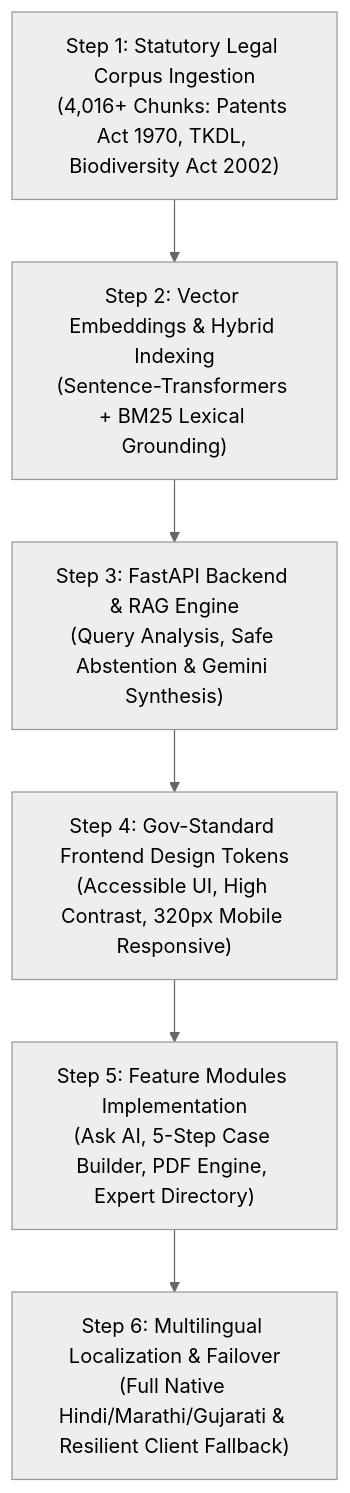
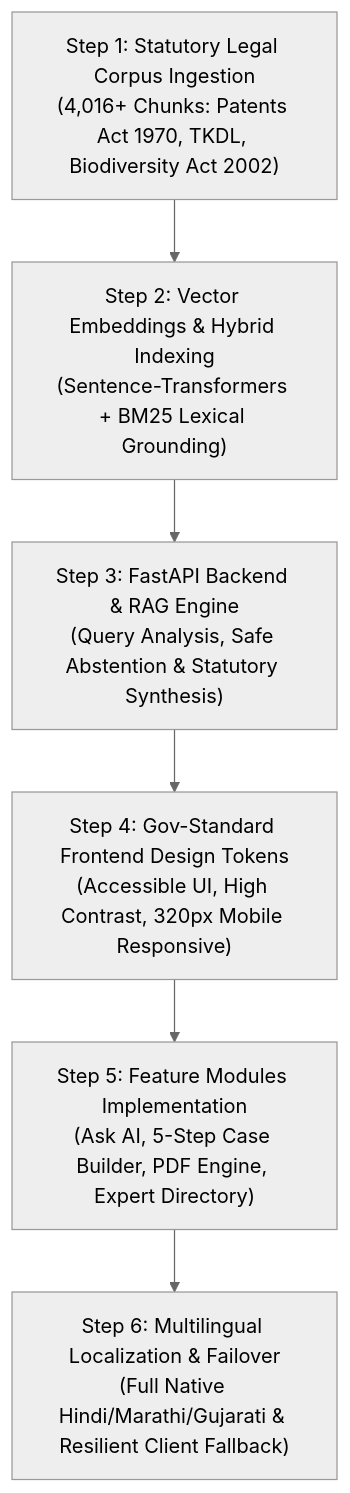
The first of 2 diagrams in TECH_STACK_AND_WORKFLOW.md (prajwalshahare73-master/IP-shakti-sayahak), drawn with Mermaid (neutral theme) before and after one commit. The commit also changed other lines of this file and 1 other file, not shown here.

````diff
--- a/TECH_STACK_AND_WORKFLOW.md
+++ b/TECH_STACK_AND_WORKFLOW.md
@@ -43,8 +44,8 @@
 ```mermaid
 graph TD
     S1["Step 1: Statutory Legal Corpus Ingestion<br/>(4,016+ Chunks: Patents Act 1970, TKDL, Biodiversity Act 2002)"] --> S2["Step 2: Vector Embeddings & Hybrid Indexing<br/>(Sentence-Transformers + BM25 Lexical Grounding)"]
-    S2 --> S3["Step 3: FastAPI Backend & RAG Engine<br/>(Query Analysis, Safe Abstention & Gemini Synthesis)"]
+    S2 --> S3["Step 3: FastAPI Backend & RAG Engine<br/>(Query Analysis, Safe Abstention & Statutory Synthesis)"]
     S3 --> S4["Step 4: Gov-Standard Frontend Design Tokens<br/>(Accessible UI, High Contrast, 320px Mobile Responsive)"]
     S4 --> S5["Step 5: Feature Modules Implementation<br/>(Ask AI, 5-Step Case Builder, PDF Engine, Expert Directory)"]
     S5 --> S6["Step 6: Multilingual Localization & Failover<br/>(Full Native Hindi/Marathi/Gujarati & Resilient Client Fallback)"]
 ```
````
